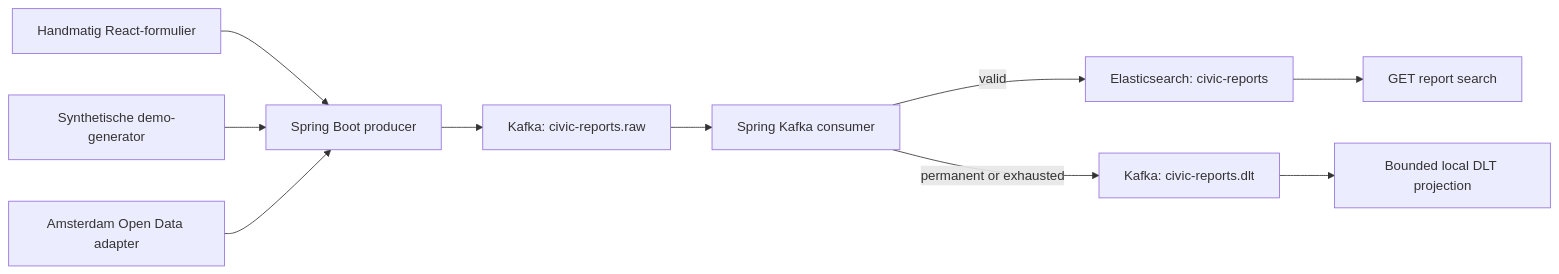
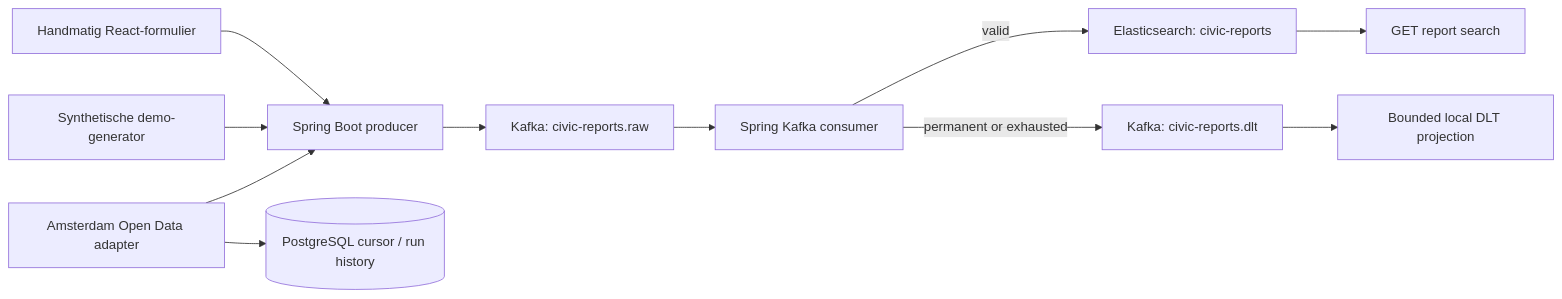
The diagram in docs/architecture.md (salahooo/CivicSignalNL), drawn with Mermaid before and after one commit. The commit also changed other lines of this file and 17 other files, not shown here.

````diff
--- a/docs/architecture.md
+++ b/docs/architecture.md
@@ -3,12 +3,13 @@
 ```mermaid
 flowchart LR
     A[Handmatig React-formulier] --> B[Spring Boot producer]
     X[Synthetische demo-generator] --> B
-    Y[Amsterdam Open Data adapter] --> B
+    Y[Amsterdam Open Data adapter] --> P[(PostgreSQL cursor / run history)]
+    Y --> B
     B --> C[Kafka: civic-reports.raw]
     C --> D[Spring Kafka consumer]
     D -->|valid| E[Elasticsearch: civic-reports]
     D -->|permanent or exhausted| G[Kafka: civic-reports.dlt]
     G --> H[Bounded local DLT projection]
     E --> F[GET report search]
 ```
````
